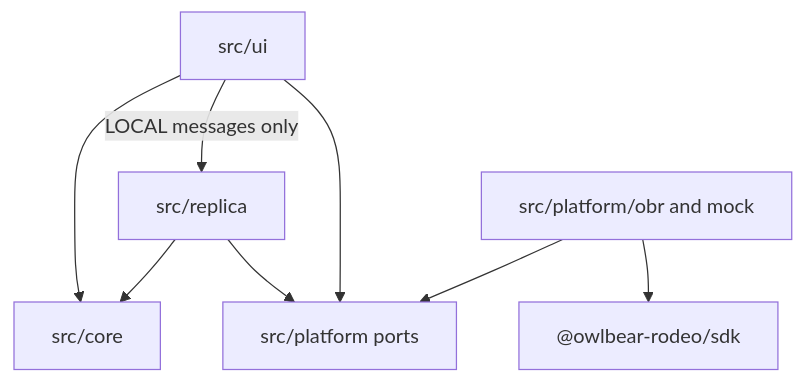
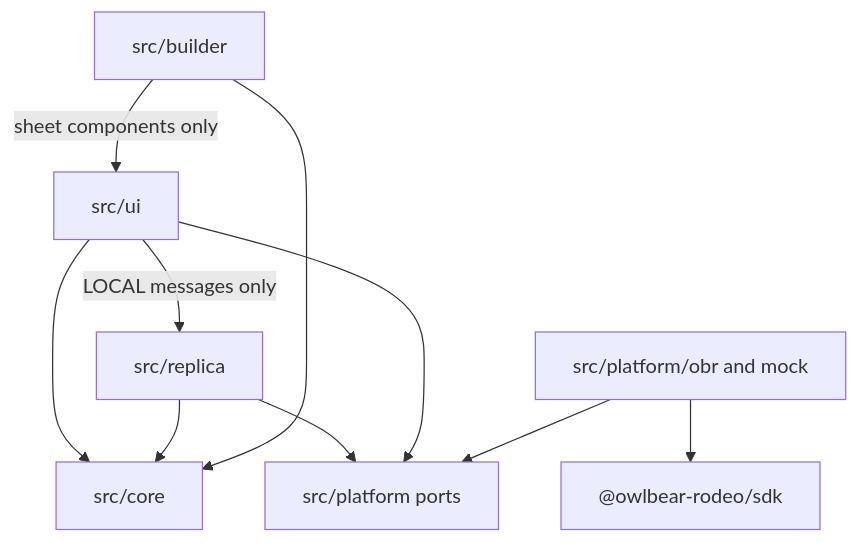
One commit to Seigiard/owlbear-muster-roll changed the first of 3 diagrams in _bmad-output/planning-artifacts/architecture/architecture-owlbear-muster-roll-2026-11-10/ARCHITECTURE-SPINE.md. Above: the diagram before and after it, drawn with Mermaid. The commit also changed other lines of this file and 6 other files, not shown here.

First line of the commit message:
docs: add the preset builder to the UX and architecture spines

````diff
--- a/_bmad-output/planning-artifacts/architecture/architecture-owlbear-muster-roll-2026-11-10/ARCHITECTURE-SPINE.md
+++ b/_bmad-output/planning-artifacts/architecture/architecture-owlbear-muster-roll-2026-11-10/ARCHITECTURE-SPINE.md
@@ -36,10 +37,12 @@
 ```mermaid
 graph TD
   UI[src/ui] -->|LOCAL messages only| Replica[src/replica]
   UI --> Core[src/core]
   Replica --> Core
   Replica --> Ports[src/platform ports]
   UI --> Ports
   Adapter[src/platform/obr and mock] --> Ports
   Adapter --> SDK["@owlbear-rodeo/sdk"]
+  Builder[src/builder] --> Core
+  Builder -->|sheet components only| UI
 ```
````
